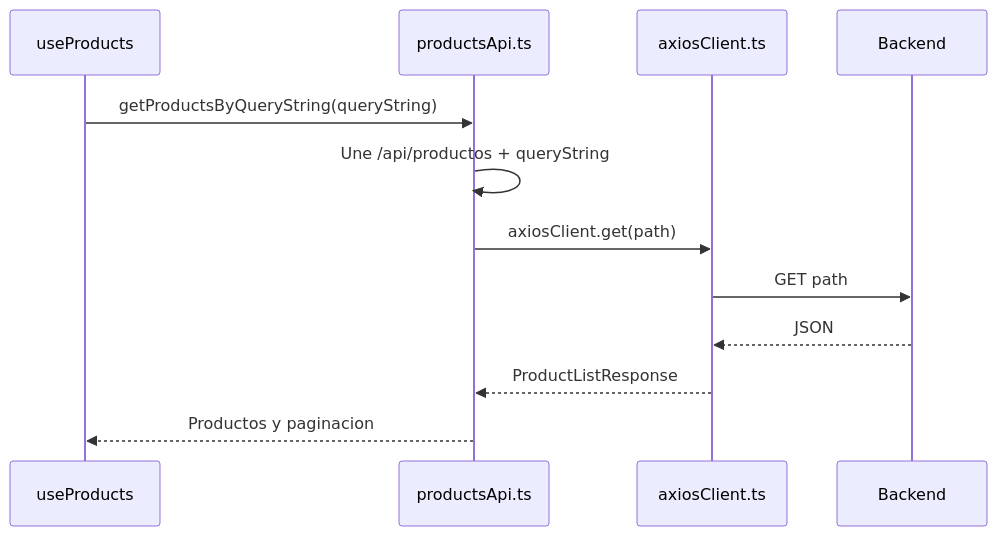
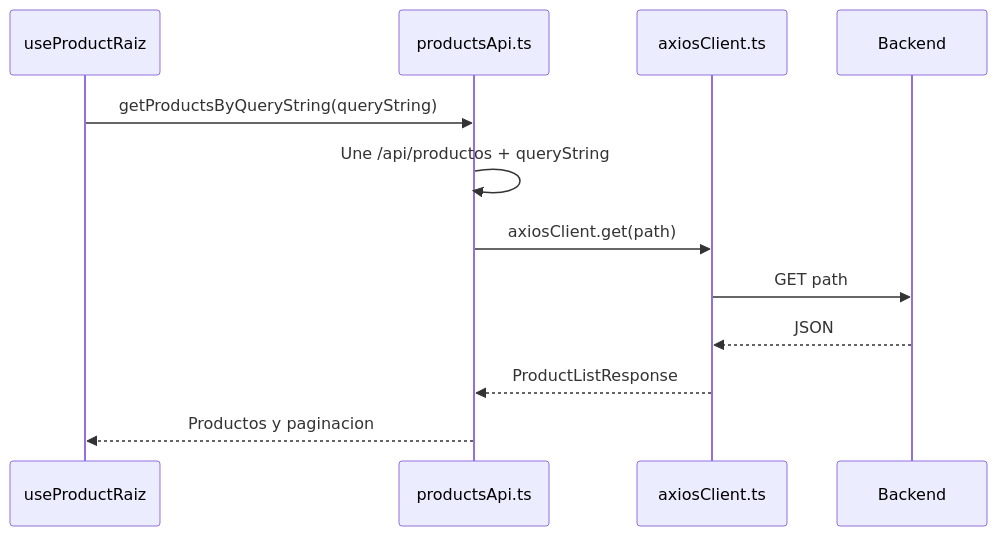
The sixth of 17 diagrams in documentacion/GUIA_FEATURES_LIB_PROVIDERS.md (BrandonAlbertt/ecommerce-sosaimpor-frontend), drawn with Mermaid before and after one commit. The commit also changed other lines of this file and 23 other files, not shown here.

````diff
--- a/documentacion/GUIA_FEATURES_LIB_PROVIDERS.md
+++ b/documentacion/GUIA_FEATURES_LIB_PROVIDERS.md
@@ -142,15 +160,15 @@
 ```mermaid
 sequenceDiagram
-  participant Hook as useProducts
+  participant Hook as useProductRaiz
   participant Api as productsApi.ts
   participant Client as axiosClient.ts
   participant Backend as Backend
 
   Hook->>Api: getProductsByQueryString(queryString)
   Api->>Api: Une /api/productos + queryString
   Api->>Client: axiosClient.get(path)
   Client->>Backend: GET path
   Backend-->>Client: JSON
   Client-->>Api: ProductListResponse
   Api-->>Hook: Productos y paginacion
 ```
````
